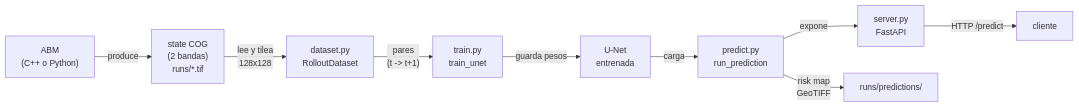
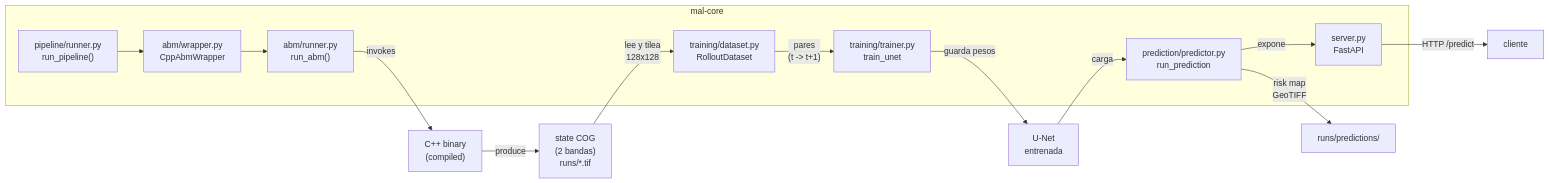
The sixth of 14 diagrams in docs/system-status.md (ANFAIA/MalariaSentinel), drawn with Mermaid before and after one commit. The commit also changed other lines of this file and 6 other files, not shown here.

````diff
--- a/docs/system-status.md
+++ b/docs/system-status.md
@@ -286,19 +317,28 @@
 ```mermaid
 graph LR
-    ABM["ABM<br/>(C++ o Python)"]
+    subgraph MAL_CORE["mal-core"]
+        WR["abm/wrapper.py<br/>CppAbmWrapper"]
+        RUN["abm/runner.py<br/>run_abm()"]
+        PL["pipeline/runner.py<br/>run_pipeline()"]
+        DS["training/dataset.py<br/>RolloutDataset"]
+        TR["training/trainer.py<br/>train_unet"]
+        PRED["prediction/predictor.py<br/>run_prediction"]
+        API["server.py<br/>FastAPI"]
+    end
+
+    BIN["C++ binary<br/>(compiled)"]
     COG["state COG<br/>(2 bandas)<br/>runs/*.tif"]
-    DS["dataset.py<br/>RolloutDataset"]
-    TR["train.py<br/>train_unet"]
-    PRED["predict.py<br/>run_prediction"]
-    API["server.py<br/>FastAPI"]
     UN["U-Net<br/>entrenada"]
 
-    ABM -->|"produce"| COG
+    PL --> WR
+    WR --> RUN
+    RUN -->|"invokes"| BIN
+    BIN -->|"produce"| COG
     COG -->|"lee y tilea<br/>128x128"| DS
     DS -->|"pares<br/>(t -> t+1)"| TR
     TR -->|"guarda pesos"| UN
     UN -->|"carga"| PRED
     PRED -->|"risk map<br/>GeoTIFF"| OUT["runs/predictions/"]
     PRED -->|"expone"| API
     API -->|"HTTP /predict"| CLI["cliente"]
 ```
````
